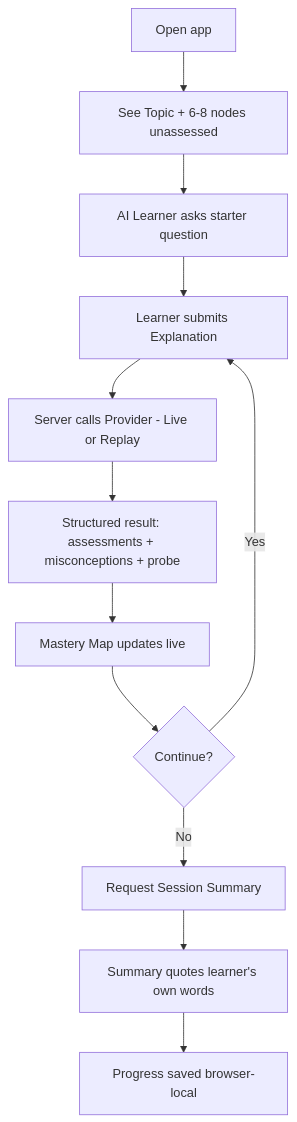
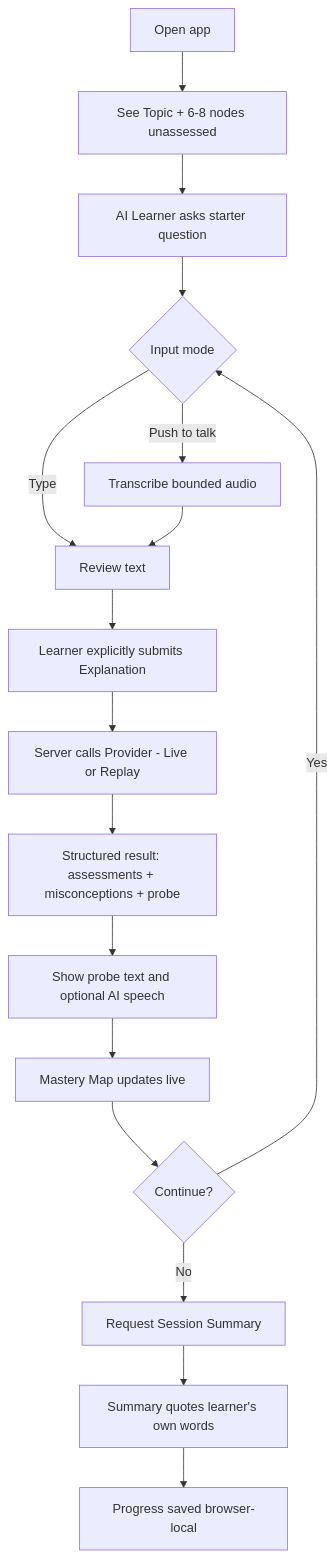
The first of 3 diagrams in docs/blueprint/SISHYAGURU_MASTER_BLUEPRINT_v1.md (AtchayamG/SishyaGuru), drawn with Mermaid before and after one commit. The commit also changed other lines of this file and 25 other files, not shown here.

Commit message:
docs: add bounded voice agent architecture

````diff
--- a/docs/blueprint/SISHYAGURU_MASTER_BLUEPRINT_v1.md
+++ b/docs/blueprint/SISHYAGURU_MASTER_BLUEPRINT_v1.md
@@ -130,14 +137,19 @@
 ```mermaid
 flowchart TD
     A[Open app] --> B[See Topic + 6-8 nodes unassessed]
     B --> C[AI Learner asks starter question]
-    C --> D[Learner submits Explanation]
-    D --> E[Server calls Provider - Live or Replay]
-    E --> F[Structured result: assessments + misconceptions + probe]
-    F --> G[Mastery Map updates live]
-    G --> H{Continue?}
-    H -->|Yes| D
-    H -->|No| I[Request Session Summary]
-    I --> J[Summary quotes learner's own words]
-    J --> K[Progress saved browser-local]
+    C --> D{Input mode}
+    D -->|Type| E[Review text]
+    D -->|Push to talk| F[Transcribe bounded audio]
+    F --> E
+    E --> G[Learner explicitly submits Explanation]
+    G --> H[Server calls Provider - Live or Replay]
+    H --> I[Structured result: assessments + misconceptions + probe]
+    I --> J[Show probe text and optional AI speech]
+    J --> K[Mastery Map updates live]
+    K --> L{Continue?}
+    L -->|Yes| D
+    L -->|No| M[Request Session Summary]
+    M --> N[Summary quotes learner's own words]
+    N --> O[Progress saved browser-local]
 ```
````
